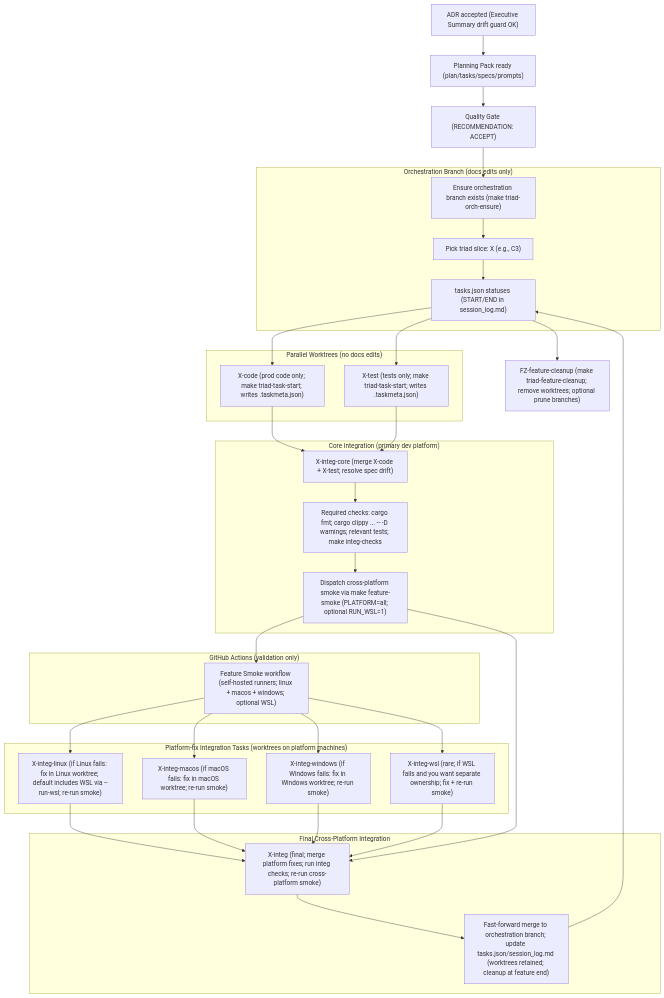
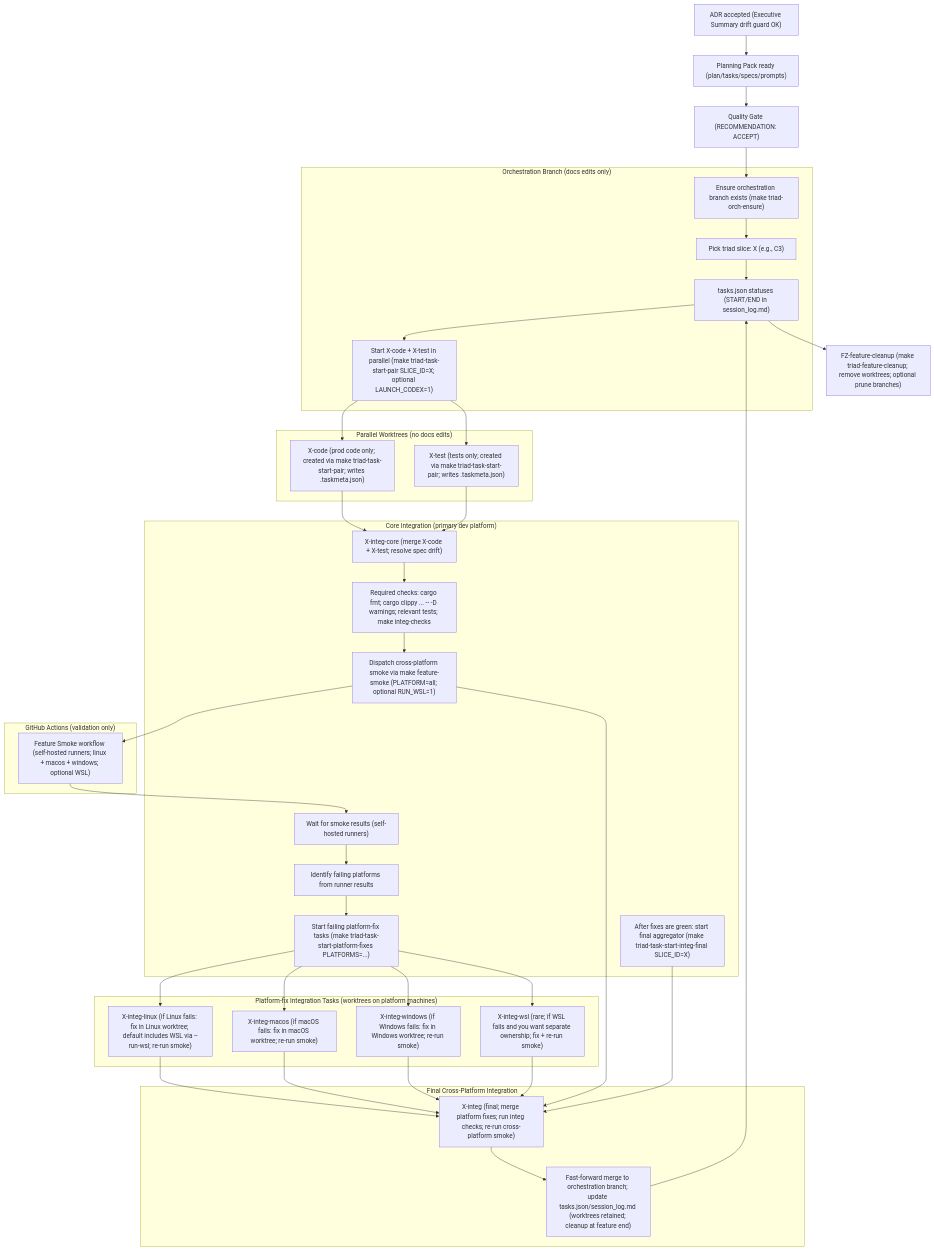
The first of 3 diagrams in docs/project_management/standards/TRIAD_WORKFLOW_CROSS_PLATFORM_INTEG.md (atomize-hq/substrate), drawn with Mermaid before and after one commit. The commit also changed other lines of this file and 18 other files, not shown here.

````diff
--- a/docs/project_management/standards/TRIAD_WORKFLOW_CROSS_PLATFORM_INTEG.md
+++ b/docs/project_management/standards/TRIAD_WORKFLOW_CROSS_PLATFORM_INTEG.md
@@ -19,75 +20,81 @@
 ```mermaid
 flowchart TD
   %% ======== Inputs / gating ========
   ADR["ADR accepted (Executive Summary drift guard OK)"]
   PACK["Planning Pack ready (plan/tasks/specs/prompts)"]
   GATE["Quality Gate (RECOMMENDATION: ACCEPT)"]
 
   ADR --> PACK --> GATE
 
   %% ======== Triad execution ========
   subgraph ORCH["Orchestration Branch (docs edits only)"]
     ORCH_ENSURE["Ensure orchestration branch exists (make triad-orch-ensure)"]
     START["Pick triad slice: X (e.g., C3)"]
     TASKS["tasks.json statuses (START/END in session_log.md)"]
+    START_PAIR["Start X-code + X-test in parallel (make triad-task-start-pair SLICE_ID=X; optional LAUNCH_CODEX=1)"]
   end
 
   GATE --> ORCH_ENSURE --> START
   START --> TASKS
+  TASKS --> START_PAIR
 
   subgraph WT["Parallel Worktrees (no docs edits)"]
-    CODE["X-code (prod code only; make triad-task-start; writes .taskmeta.json)"]
-    TEST["X-test (tests only; make triad-task-start; writes .taskmeta.json)"]
+    CODE["X-code (prod code only; created via make triad-task-start-pair; writes .taskmeta.json)"]
+    TEST["X-test (tests only; created via make triad-task-start-pair; writes .taskmeta.json)"]
   end
 
-  TASKS --> CODE
-  TASKS --> TEST
+  START_PAIR --> CODE
+  START_PAIR --> TEST
 
   subgraph INTEG_CORE["Core Integration (primary dev platform)"]
     MERGE["X-integ-core (merge X-code + X-test; resolve spec drift)"]
     CORE_CHECKS["Required checks: cargo fmt; cargo clippy ... -- -D warnings; relevant tests; make integ-checks"]
     CORE_DISPATCH["Dispatch cross-platform smoke via make feature-smoke (PLATFORM=all; optional RUN_WSL=1)"]
+    CORE_RESULTS["Wait for smoke results (self-hosted runners)"]
+    CORE_IDENTIFY["Identify failing platforms from runner results"]
+    CORE_START_PF["Start failing platform-fix tasks (make triad-task-start-platform-fixes PLATFORMS=...)"]
+    CORE_START_FINAL["After fixes are green: start final aggregator (make triad-task-start-integ-final SLICE_ID=X)"]
   end
 
   CODE --> MERGE
   TEST --> MERGE
-  MERGE --> CORE_CHECKS
-  CORE_CHECKS --> CORE_DISPATCH
+  MERGE --> CORE_CHECKS --> CORE_DISPATCH
 
   %% ======== Smoke validation (CI) ========
   subgraph CI["GitHub Actions (validation only)"]
     SMOKE_ALL["Feature Smoke workflow (self-hosted runners; linux + macos + windows; optional WSL)"]
   end
 
-  CORE_DISPATCH --> SMOKE_ALL
+  CORE_DISPATCH --> SMOKE_ALL --> CORE_RESULTS --> CORE_IDENTIFY --> CORE_START_PF
 
   %% ======== Platform-fix tasks (parallel, only if needed) ========
   subgraph PF["Platform-fix Integration Tasks (worktrees on platform machines)"]
     LNX["X-integ-linux (if Linux fails: fix in Linux worktree; default includes WSL via --run-wsl; re-run smoke)"]
     MAC["X-integ-macos (if macOS fails: fix in macOS worktree; re-run smoke)"]
     WIN["X-integ-windows (if Windows fails: fix in Windows worktree; re-run smoke)"]
     WSL["X-integ-wsl (rare; if WSL fails and you want separate ownership; fix + re-run smoke)"]
   end
 
-  SMOKE_ALL --> LNX
-  SMOKE_ALL --> MAC
-  SMOKE_ALL --> WIN
-  SMOKE_ALL --> WSL
+  CORE_START_PF --> LNX
+  CORE_START_PF --> MAC
+  CORE_START_PF --> WIN
+  CORE_START_PF --> WSL
 
   %% ======== Final aggregator ========
   subgraph INTEG_FINAL["Final Cross-Platform Integration"]
     AGG["X-integ (final; merge platform fixes; run integ checks; re-run cross-platform smoke)"]
     MERGE_BACK["Fast-forward merge to orchestration branch; update tasks.json/session_log.md (worktrees retained; cleanup at feature end)"]
   end
 
   LNX --> AGG
   MAC --> AGG
   WIN --> AGG
   WSL --> AGG
   CORE_DISPATCH --> AGG
+  CORE_START_FINAL --> AGG
   AGG --> MERGE_BACK --> TASKS
 
   %% ======== Feature end cleanup ========
   CLEANUP["FZ-feature-cleanup (make triad-feature-cleanup; remove worktrees; optional prune branches)"]
   TASKS --> CLEANUP
 ```
````
